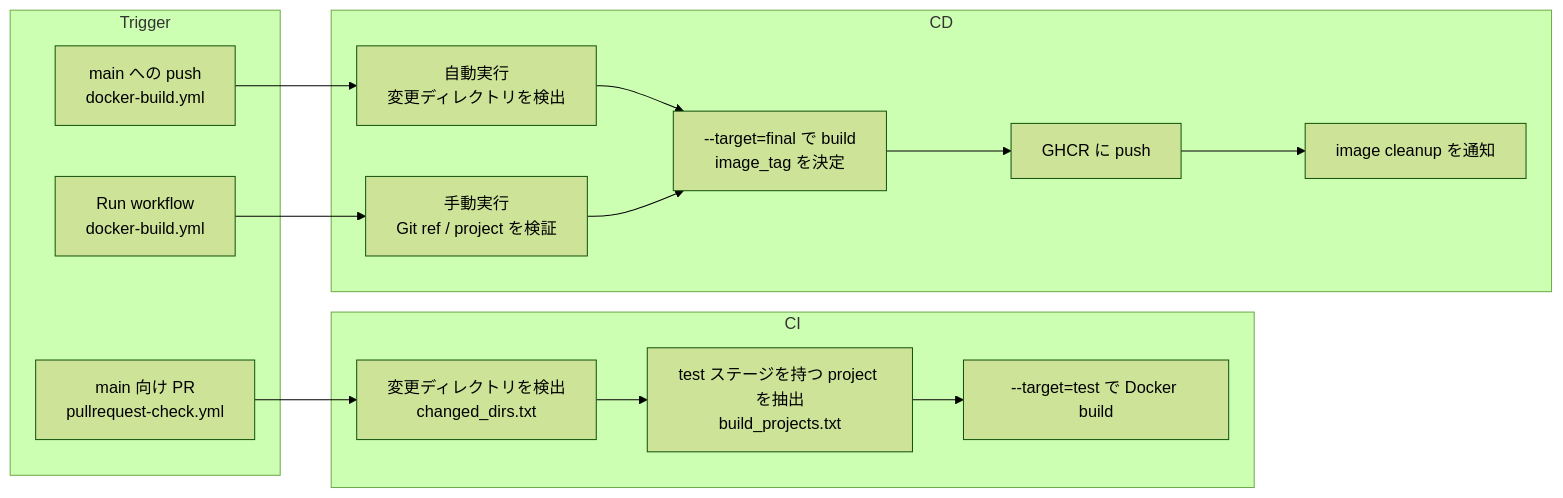
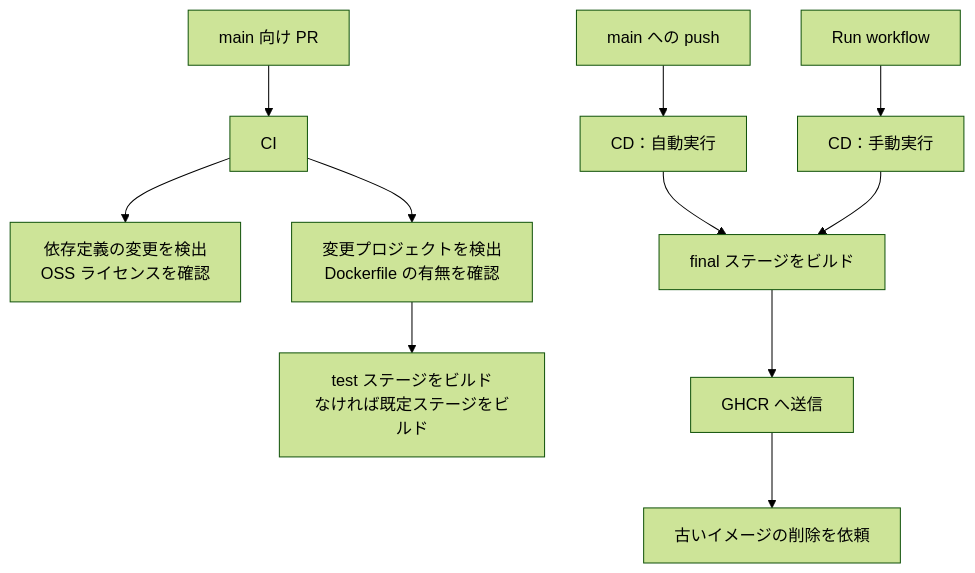
The diagram in docs/about-cicd.md (u7chan/monorepo), drawn with Mermaid (forest theme) before and after one commit. The commit also changed other lines of this file and 14 other files, not shown here.

````diff
--- a/docs/about-cicd.md
+++ b/docs/about-cicd.md
@@ -13,34 +20,14 @@
 ```mermaid
-flowchart LR
-  subgraph Trigger["Trigger"]
-    PR["main 向け PR<br/>pullrequest-check.yml"]
-    PUSH["main への push<br/>docker-build.yml"]
-    MANUAL["Run workflow<br/>docker-build.yml"]
-  end
+flowchart TB
+  PR["main 向け PR"] --> CI["CI"]
+  CI --> LICENSE["依存定義の変更を検出<br/>OSS ライセンスを確認"]
+  CI --> CI_PROJECTS["変更プロジェクトを検出<br/>Dockerfile の有無を確認"]
+  CI_PROJECTS --> CI_BUILD["test ステージをビルド<br/>なければ既定ステージをビルド"]
 
-  subgraph CI["CI"]
-    CI_DIRS["変更ディレクトリを検出<br/>changed_dirs.txt"]
-    CI_PROJECTS["test ステージを持つ project を抽出<br/>build_projects.txt"]
-    CI_BUILD["--target=test で Docker build"]
-
-    CI_DIRS --> CI_PROJECTS
-    CI_PROJECTS --> CI_BUILD
-  end
-
-  subgraph CD["CD"]
-    CD_AUTO["自動実行<br/>変更ディレクトリを検出"]
-    CD_MANUAL["手動実行<br/>Git ref / project を検証"]
-    CD_BUILD["--target=final で build<br/>image_tag を決定"]
-    GHCR["GHCR に push"]
-    CLEANUP["image cleanup を通知"]
-
-    CD_AUTO --> CD_BUILD
-    CD_MANUAL --> CD_BUILD
-    CD_BUILD --> GHCR
-    GHCR --> CLEANUP
-  end
-
-  PR --> CI_DIRS
-  PUSH --> CD_AUTO
-  MANUAL --> CD_MANUAL
+  PUSH["main への push"] --> AUTO["CD：自動実行"]
+  MANUAL["Run workflow"] --> MANUAL_CD["CD：手動実行"]
+  AUTO --> FINAL["final ステージをビルド"]
+  MANUAL_CD --> FINAL
+  FINAL --> GHCR["GHCR へ送信"]
+  GHCR --> CLEANUP["古いイメージの削除を依頼"]
 ```
````
